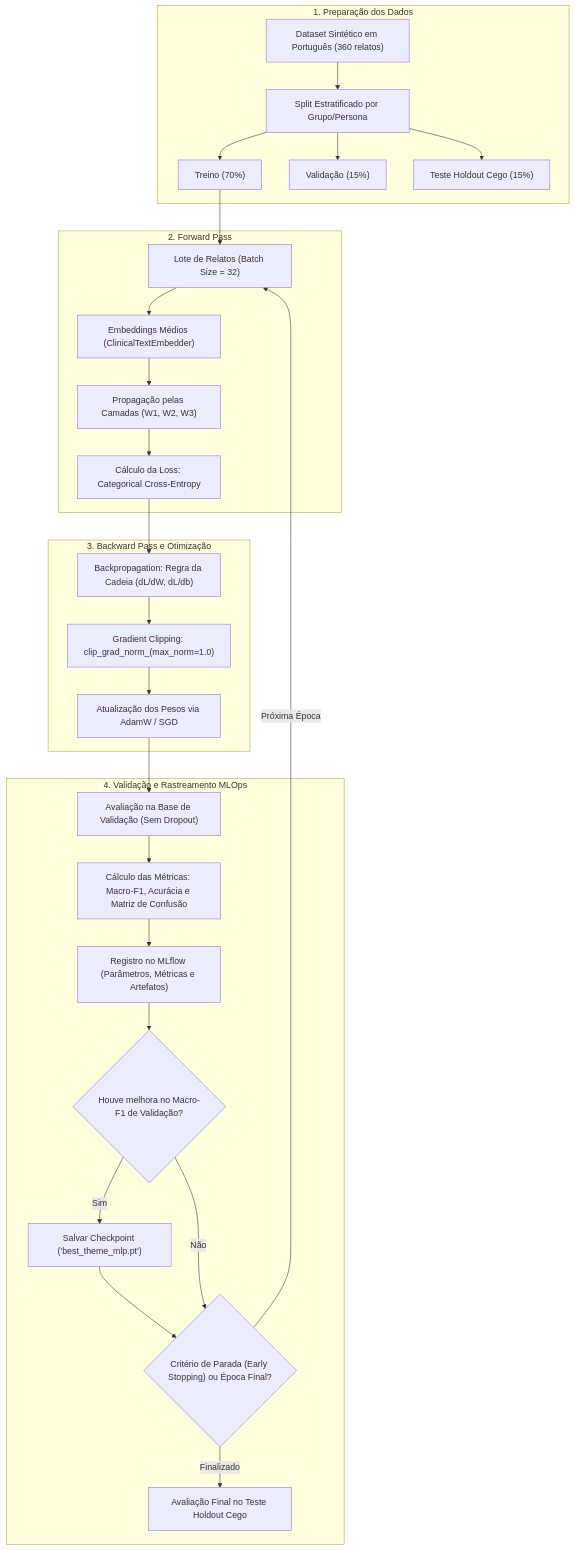
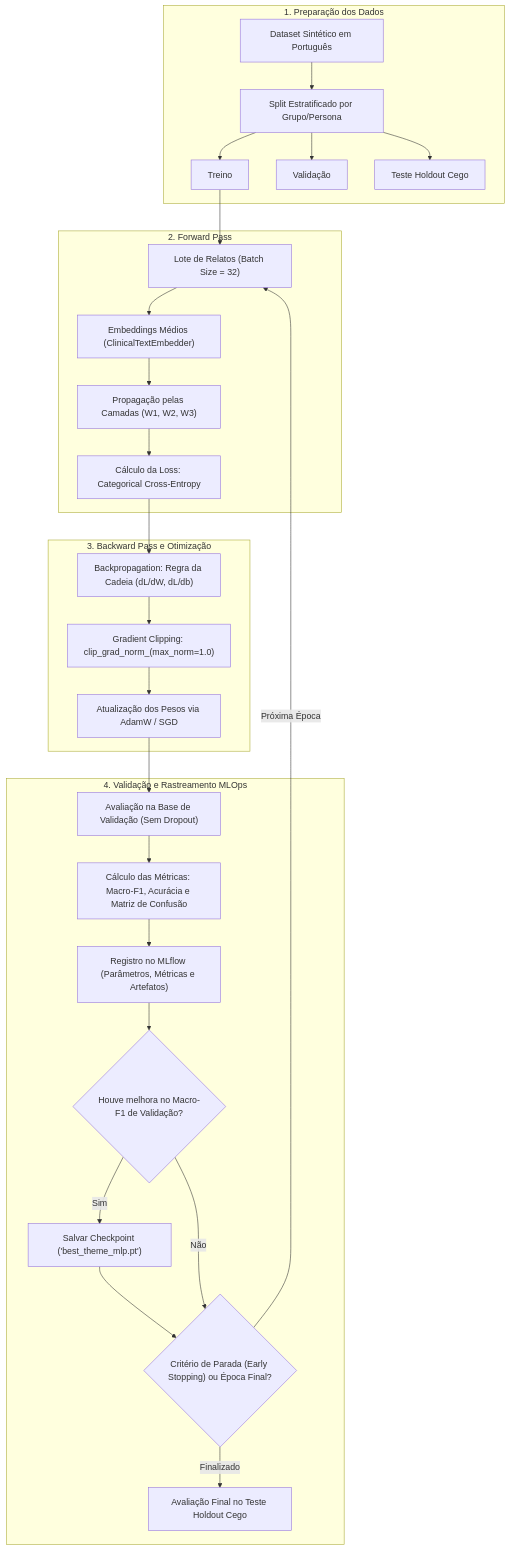
One commit to 007-Licensa-Para-Executar/challenge-2-base changed the second of 3 diagrams in docs/neural-network-flow.md. Above: the diagram before and after it, drawn with Mermaid. The commit also changed other lines of this file and 37 other files, not shown here.

````diff
--- a/docs/neural-network-flow.md
+++ b/docs/neural-network-flow.md
@@ -68,45 +73,45 @@
 ```mermaid
 flowchart TD
     subgraph Dados["1. Preparação dos Dados"]
-        D1["Dataset Sintético em Português (360 relatos)"]
+        D1["Dataset Sintético em Português"]
         D2["Split Estratificado por Grupo/Persona"]
-        D3["Treino (70%)"]
-        D4["Validação (15%)"]
-        D5["Teste Holdout Cego (15%)"]
+        D3["Treino"]
+        D4["Validação"]
+        D5["Teste Holdout Cego"]
         D1 --> D2
         D2 --> D3
         D2 --> D4
         D2 --> D5
     end
 
     subgraph ForwardPass["2. Forward Pass"]
         FP1["Lote de Relatos (Batch Size = 32)"]
         FP2["Embeddings Médios (ClinicalTextEmbedder)"]
         FP3["Propagação pelas Camadas (W1, W2, W3)"]
         FP4["Cálculo da Loss: Categorical Cross-Entropy"]
         D3 --> FP1 --> FP2 --> FP3 --> FP4
     end
 
     subgraph BackwardPass["3. Backward Pass e Otimização"]
         BP1["Backpropagation: Regra da Cadeia (dL/dW, dL/db)"]
         BP2["Gradient Clipping: clip_grad_norm_(max_norm=1.0)"]
         BP3["Atualização dos Pesos via AdamW / SGD"]
         FP4 --> BP1 --> BP2 --> BP3
     end
 
     subgraph ValidacaoMLOps["4. Validação e Rastreamento MLOps"]
         V1["Avaliação na Base de Validação (Sem Dropout)"]
         V2["Cálculo das Métricas: Macro-F1, Acurácia e Matriz de Confusão"]
         V3["Registro no MLflow (Parâmetros, Métricas e Artefatos)"]
         V4{"Houve melhora no Macro-F1 de Validação?"}
         V5["Salvar Checkpoint ('best_theme_mlp.pt')"]
         V6{"Critério de Parada (Early Stopping) ou Época Final?"}
         V7["Avaliação Final no Teste Holdout Cego"]
         
         BP3 --> V1 --> V2 --> V3 --> V4
         V4 -- Sim --> V5 --> V6
         V4 -- Não --> V6
         V6 -- Próxima Época --> FP1
         V6 -- Finalizado --> V7
     end
 ```
````
